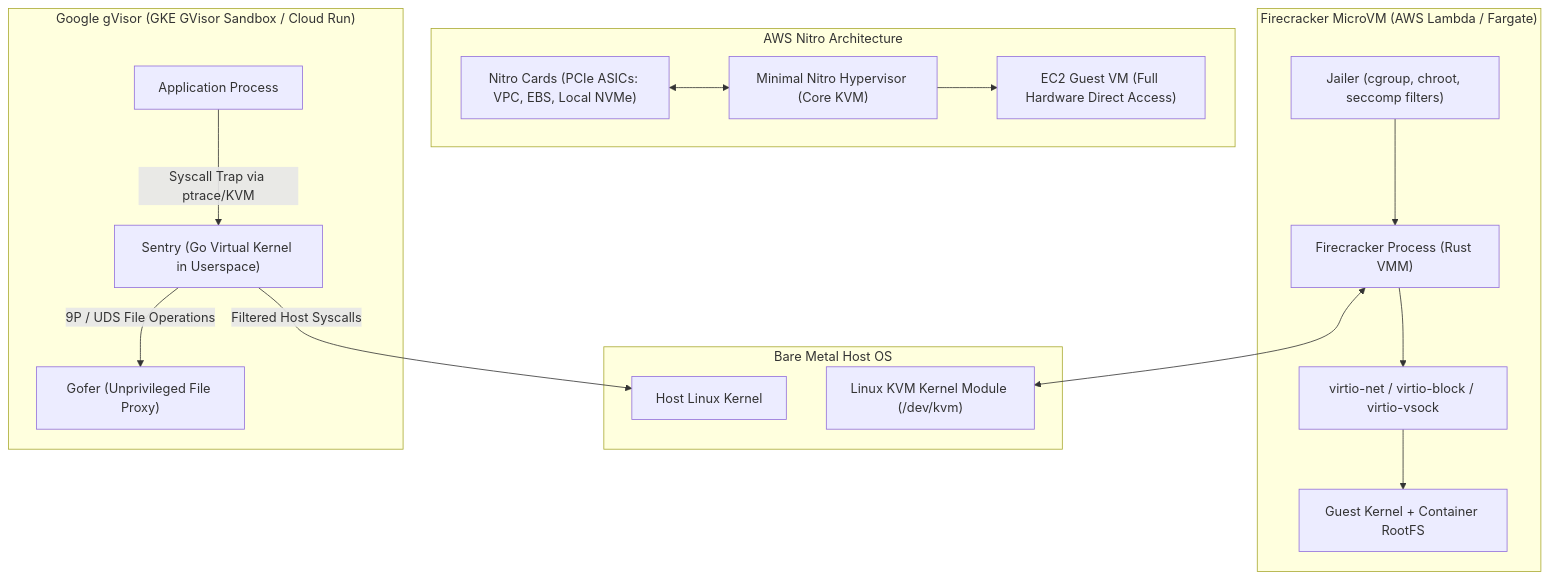
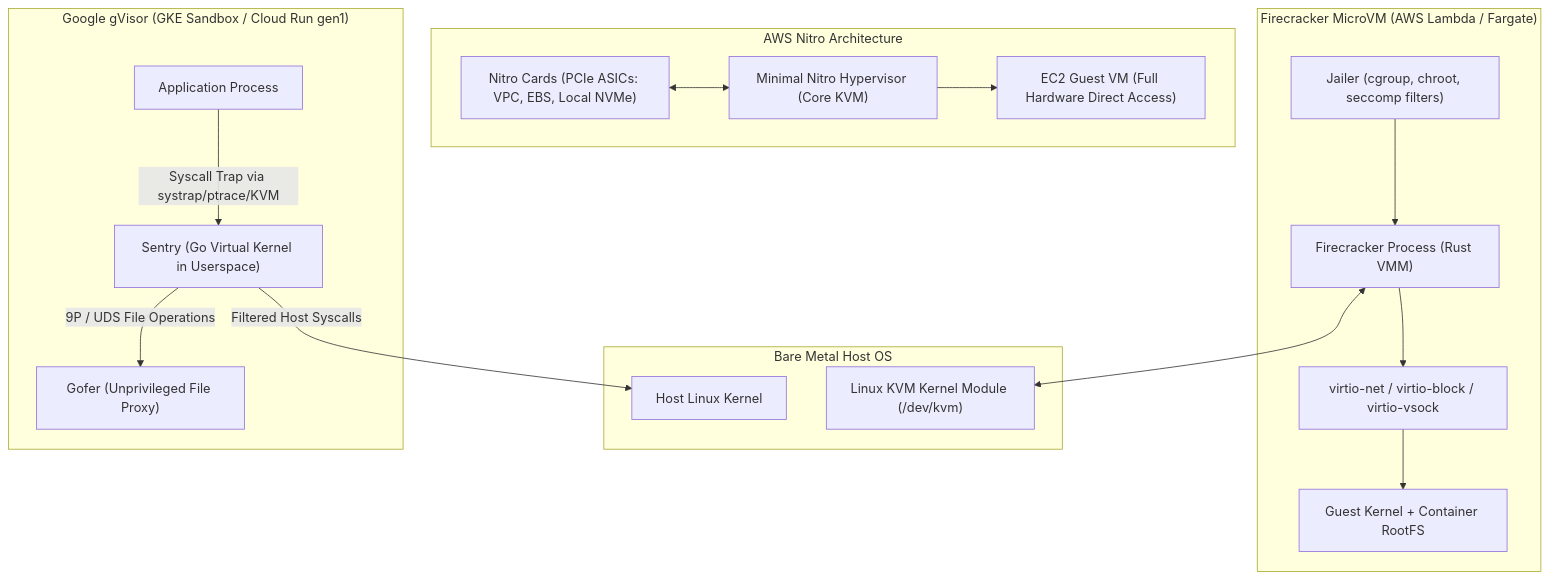
Before and after one commit to shreejitverma/SDE-Interview-Prep: the diagram in 17-Cloud-AI-Engineering/Volume_00_Foundations_Under_the_Cloud/Chapter_01_Hypervisors_MicroVMs_and_Sandboxing.md, drawn with Mermaid. The commit also changed other lines of this file and 16 other files, not shown here.

````diff
--- a/17-Cloud-AI-Engineering/Volume_00_Foundations_Under_the_Cloud/Chapter_01_Hypervisors_MicroVMs_and_Sandboxing.md
+++ b/17-Cloud-AI-Engineering/Volume_00_Foundations_Under_the_Cloud/Chapter_01_Hypervisors_MicroVMs_and_Sandboxing.md
@@ -28,35 +28,35 @@
 ```mermaid
 flowchart TD
     subgraph HostLevel["Bare Metal Host OS"]
         KVM["Linux KVM Kernel Module (/dev/kvm)"]
         HostKernel["Host Linux Kernel"]
     end
 
     subgraph AWSNitro["AWS Nitro Architecture"]
         NitroCard["Nitro Cards (PCIe ASICs: VPC, EBS, Local NVMe)"]
         NitroHyp["Minimal Nitro Hypervisor (Core KVM)"]
         EC2Guest["EC2 Guest VM (Full Hardware Direct Access)"]
         NitroCard <--> NitroHyp
         NitroHyp --> EC2Guest
     end
 
     subgraph FirecrackerModel["Firecracker MicroVM (AWS Lambda / Fargate)"]
         Jailer["Jailer (cgroup, chroot, seccomp filters)"]
         FCProcess["Firecracker Process (Rust VMM)"]
         MinimalVirtIO["virtio-net / virtio-block / virtio-vsock"]
         MicroGuest["Guest Kernel + Container RootFS"]
         Jailer --> FCProcess
         FCProcess --> MinimalVirtIO
         MinimalVirtIO --> MicroGuest
         FCProcess <--> KVM
     end
 
-    subgraph gVisorModel["Google gVisor (GKE GVisor Sandbox / Cloud Run)"]
+    subgraph gVisorModel["Google gVisor (GKE Sandbox / Cloud Run gen1)"]
         ContainerApp["Application Process"]
         Sentry["Sentry (Go Virtual Kernel in Userspace)"]
         Gofer["Gofer (Unprivileged File Proxy)"]
-        ContainerApp -->|Syscall Trap via ptrace/KVM| Sentry
+        ContainerApp -->|Syscall Trap via systrap/ptrace/KVM| Sentry
         Sentry -->|Filtered Host Syscalls| HostKernel
         Sentry -->|9P / UDS File Operations| Gofer
     end
 ```
````
